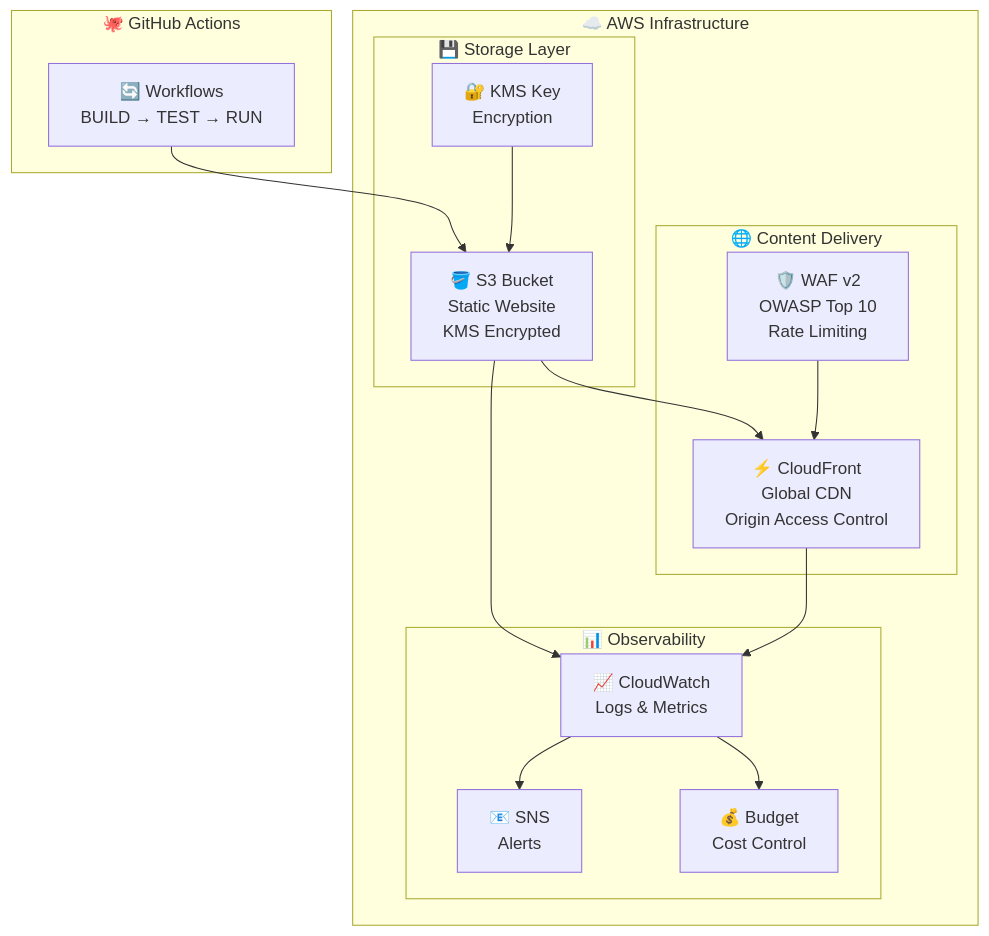
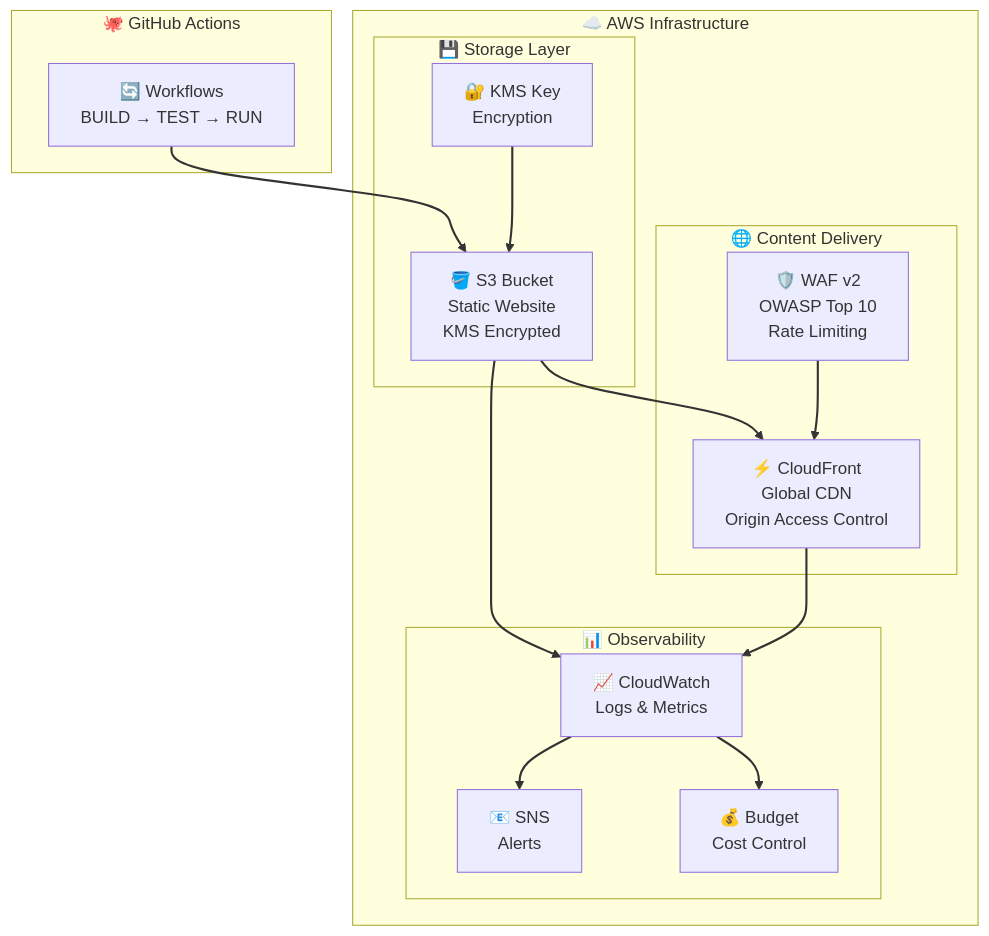
Before and after one commit to Celtikill/static-site: the third of 3 diagrams in README.md, drawn with Mermaid. The commit also changed other lines of this file and 17 other files, not shown here.

````diff
--- a/README.md
+++ b/README.md
@@ -149,33 +177,46 @@
 ```mermaid
+%%{init: {'theme':'default', 'themeVariables': {'fontSize':'16px'}}}%%
 graph TD
+    accTitle: AWS Static Website Infrastructure Components
+    accDescr: Layered AWS infrastructure architecture for secure static website hosting with comprehensive observability. The Storage Layer uses S3 buckets for static website hosting with server-side encryption using customer-managed KMS keys, implementing defense-in-depth with bucket policies and versioning enabled for disaster recovery. The Content Delivery Layer leverages CloudFront for global edge distribution with Origin Access Control preventing direct S3 access, protected by AWS WAF v2 implementing OWASP Top 10 protection and rate limiting to defend against common web attacks and DDoS attempts. The Observability Layer uses CloudWatch for centralized logging and metrics collection from both S3 and CloudFront, with SNS topics for real-time security and operational alerts, and AWS Budgets for cost control and anomaly detection. GitHub Actions workflows orchestrate the three-phase BUILD-TEST-RUN pipeline, deploying infrastructure via OpenTofu and website content to S3. This architecture implements AWS Well-Architected Framework pillars for security, reliability, and cost optimization while maintaining operational excellence through comprehensive monitoring and automated deployment workflows.
+
     subgraph GitHub["🐙 GitHub Actions"]
         GHA["🔄 Workflows<br/>BUILD → TEST → RUN"]
     end
 
     subgraph AWS["☁️ AWS Infrastructure"]
         subgraph Storage["💾 Storage Layer"]
             S3["🪣 S3 Bucket<br/>Static Website<br/>KMS Encrypted"]
             KMS["🔐 KMS Key<br/>Encryption"]
         end
 
         subgraph CDN["🌐 Content Delivery"]
             CF["⚡ CloudFront<br/>Global CDN<br/>Origin Access Control"]
             WAF["🛡️ WAF v2<br/>OWASP Top 10<br/>Rate Limiting"]
         end
 
         subgraph Monitoring["📊 Observability"]
             CW["📈 CloudWatch<br/>Logs & Metrics"]
             SNS["📧 SNS<br/>Alerts"]
             Budget["💰 Budget<br/>Cost Control"]
         end
     end
 
     GHA --> S3
     KMS --> S3
     S3 --> CF
     WAF --> CF
     S3 --> CW
     CF --> CW
     CW --> SNS
     CW --> Budget
+
+    linkStyle 0 stroke:#333333,stroke-width:2px
+    linkStyle 1 stroke:#333333,stroke-width:2px
+    linkStyle 2 stroke:#333333,stroke-width:2px
+    linkStyle 3 stroke:#333333,stroke-width:2px
+    linkStyle 4 stroke:#333333,stroke-width:2px
+    linkStyle 5 stroke:#333333,stroke-width:2px
+    linkStyle 6 stroke:#333333,stroke-width:2px
+    linkStyle 7 stroke:#333333,stroke-width:2px
 ```
````
